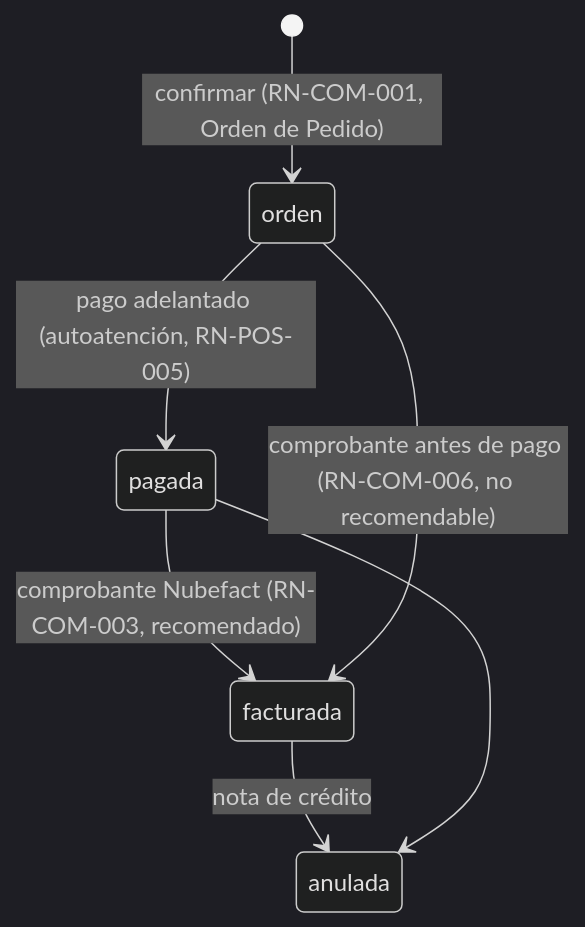
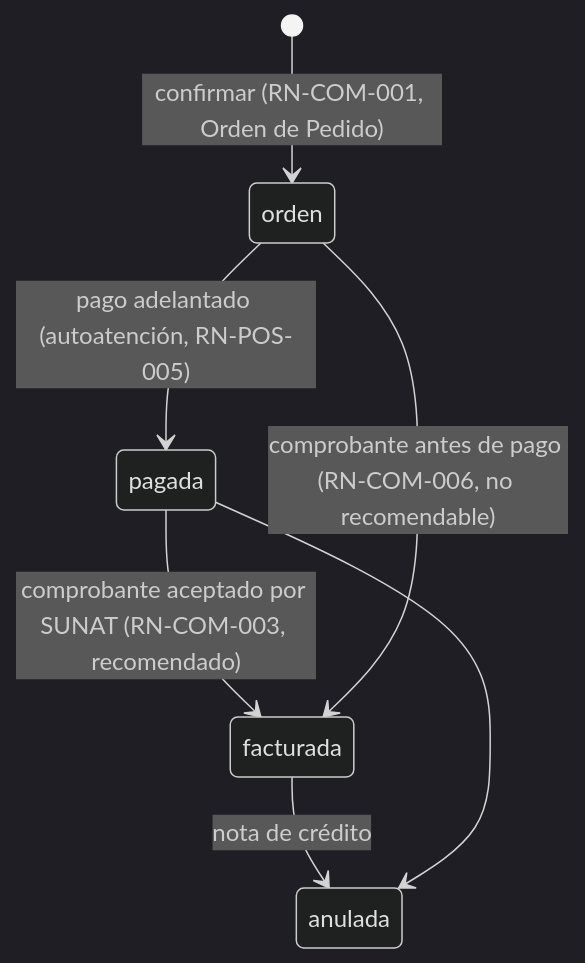
One commit to rrojasda94/provecho-erp changed the fourth of 7 diagrams in docs/domain/state-machines.md. Above: the diagram before and after it, drawn with Mermaid (dark theme). The commit also changed 94 other files, not shown here.

````diff
--- a/docs/domain/state-machines.md
+++ b/docs/domain/state-machines.md
@@ -60,9 +60,9 @@
 ```mermaid
 stateDiagram-v2
     [*] --> orden: confirmar (RN-COM-001, Orden de Pedido)
     orden --> pagada: pago adelantado (autoatención, RN-POS-005)
-    pagada --> facturada: comprobante Nubefact (RN-COM-003, recomendado)
+    pagada --> facturada: comprobante aceptado por SUNAT (RN-COM-003, recomendado)
     orden --> facturada: comprobante antes de pago (RN-COM-006, no recomendable)
     facturada --> anulada: nota de crédito
     pagada --> anulada
 ```
````
